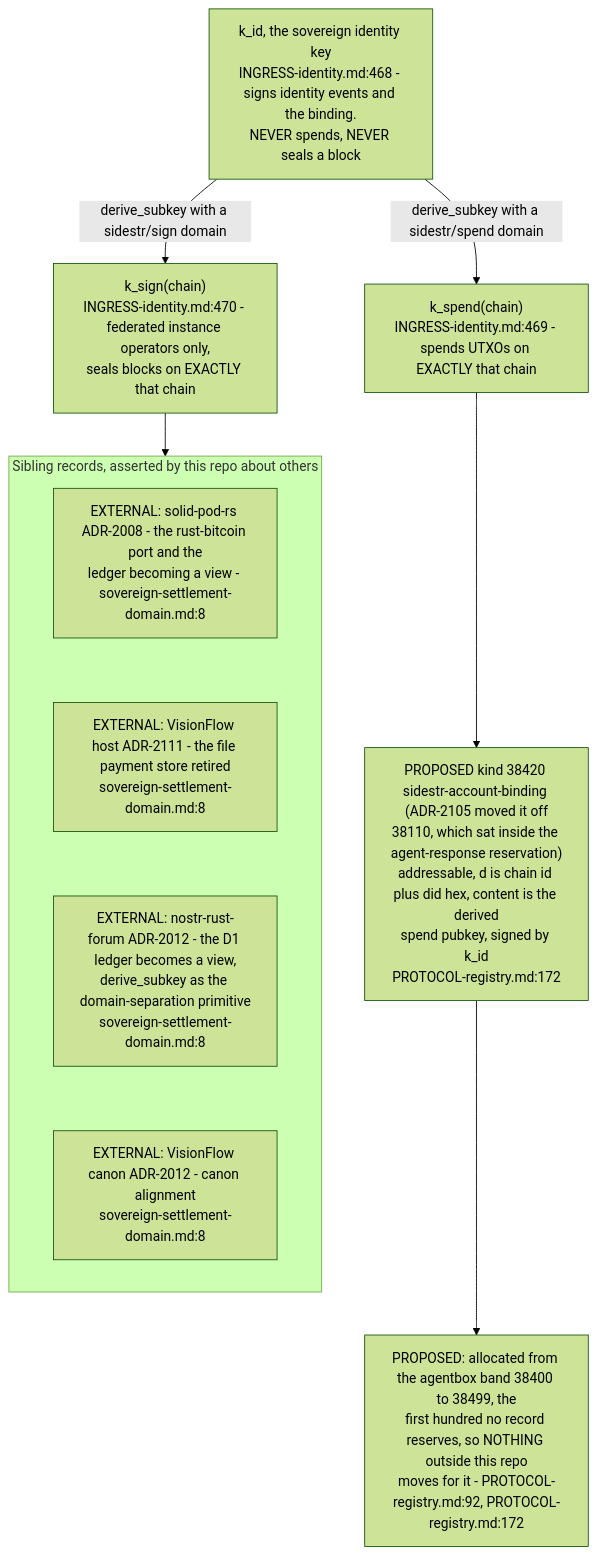
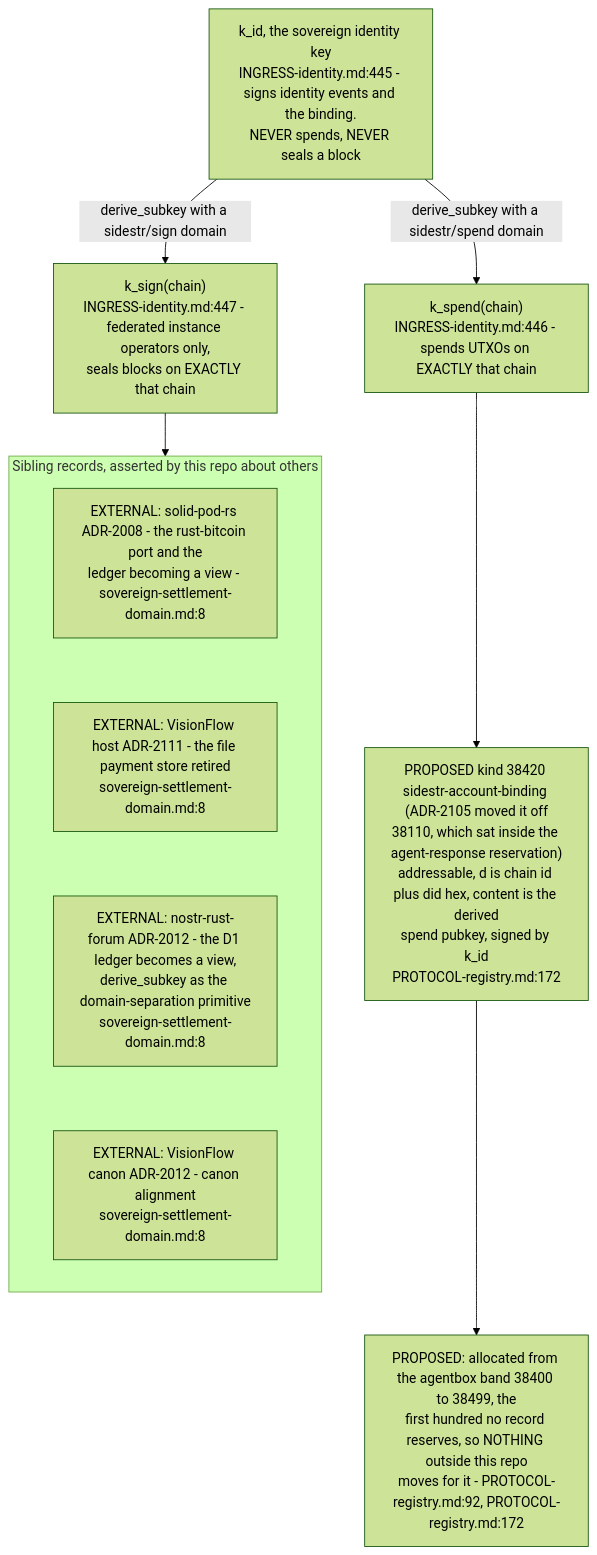
One commit to DreamLab-AI/VisionFlow changed the fifth of 7 diagrams in docs/diagrams/agentbox/31-sovereign-settlement.md. Above: the diagram before and after it, drawn with Mermaid (forest theme). The commit also changed other lines of this file and 145 other files, not shown here.

````diff
--- a/docs/diagrams/agentbox/31-sovereign-settlement.md
+++ b/docs/diagrams/agentbox/31-sovereign-settlement.md
@@ -189,17 +189,17 @@
 ```mermaid
 flowchart TB
-    KID["k_id, the sovereign identity key<br/>INGRESS-identity.md:468 - signs identity events and the binding.<br/>NEVER spends, NEVER seals a block"]
-    KID -->|"derive_subkey with a sidestr/spend domain"| KSP["k_spend(chain)<br/>INGRESS-identity.md:469 - spends UTXOs on EXACTLY that chain"]
-    KID -->|"derive_subkey with a sidestr/sign domain"| KSG["k_sign(chain)<br/>INGRESS-identity.md:470 - federated instance operators only,<br/>seals blocks on EXACTLY that chain"]
+    KID["k_id, the sovereign identity key<br/>INGRESS-identity.md:445 - signs identity events and the binding.<br/>NEVER spends, NEVER seals a block"]
+    KID -->|"derive_subkey with a sidestr/spend domain"| KSP["k_spend(chain)<br/>INGRESS-identity.md:446 - spends UTXOs on EXACTLY that chain"]
+    KID -->|"derive_subkey with a sidestr/sign domain"| KSG["k_sign(chain)<br/>INGRESS-identity.md:447 - federated instance operators only,<br/>seals blocks on EXACTLY that chain"]
     KSP --> BIND["PROPOSED kind 38420 sidestr-account-binding (ADR-2105 moved it off<br/>38110, which sat inside the agent-response reservation)<br/>addressable, d is chain id plus did hex, content is the derived<br/>spend pubkey, signed by k_id<br/>PROTOCOL-registry.md:172"]
     BIND --> REG["PROPOSED: allocated from the agentbox band 38400 to 38499, the<br/>first hundred no record reserves, so NOTHING outside this repo<br/>moves for it - PROTOCOL-registry.md:92, PROTOCOL-registry.md:172"]
     subgraph external["Sibling records, asserted by this repo about others"]
         direction TB
         E1["EXTERNAL: solid-pod-rs ADR-2008 - the rust-bitcoin port and the<br/>ledger becoming a view - sovereign-settlement-domain.md:8"]
         E2["EXTERNAL: VisionFlow host ADR-2111 - the file payment store retired<br/>sovereign-settlement-domain.md:8"]
         E3["EXTERNAL: nostr-rust-forum ADR-2012 - the D1 ledger becomes a view,<br/>derive_subkey as the domain-separation primitive<br/>sovereign-settlement-domain.md:8"]
         E4["EXTERNAL: VisionFlow canon ADR-2012 - canon alignment<br/>sovereign-settlement-domain.md:8"]
         E1 ~~~ E2 ~~~ E3 ~~~ E4
     end
     KSG --> external
 ```
````
